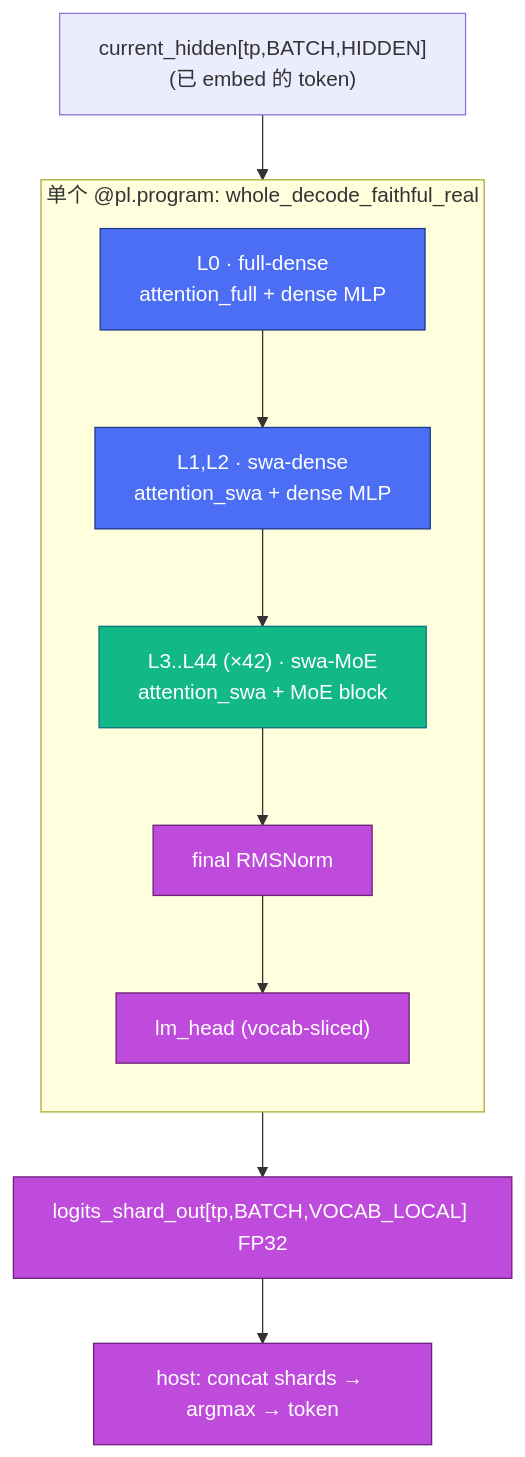
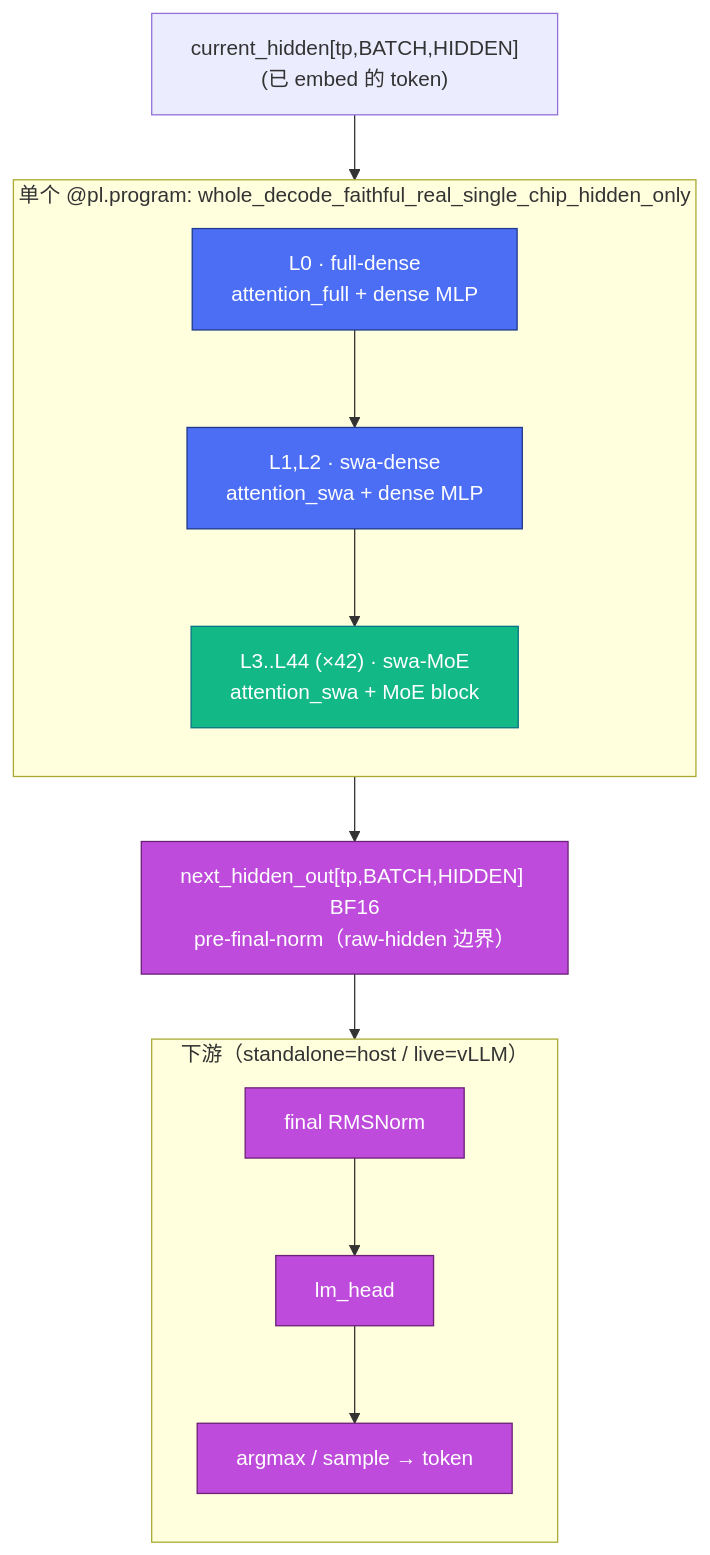
Before and after one commit to csy0225/pypto-project: the first of 4 diagrams in design/whole-net/01-system-design.md, drawn with Mermaid. The commit also changed other lines of this file and 4 other files, not shown here.

First line of the commit message:
docs(design): 对齐精简瘦身后代码——唯一整网入口 hidden_only + strict raw-hidden 边界

````diff
--- a/design/whole-net/01-system-design.md
+++ b/design/whole-net/01-system-design.md
@@ -24,21 +26,26 @@
 ```mermaid
 graph TD
     IN["current_hidden[tp,BATCH,HIDDEN]<br/>(已 embed 的 token)"]
-    subgraph PROG["单个 @pl.program: whole_decode_faithful_real"]
+    subgraph PROG["单个 @pl.program: whole_decode_faithful_real_single_chip_hidden_only"]
         direction TB
         L0["L0 · full-dense<br/>attention_full + dense MLP"]
         L12["L1,L2 · swa-dense<br/>attention_swa + dense MLP"]
         LMOE["L3..L44 (×42) · swa-MoE<br/>attention_swa + MoE block"]
+    end
+    HID["next_hidden_out[tp,BATCH,HIDDEN] BF16<br/>pre-final-norm（raw-hidden 边界）"]
+    subgraph DOWN["下游（standalone=host / live=vLLM）"]
+        direction TB
         NORM["final RMSNorm"]
-        HEAD["lm_head (vocab-sliced)"]
+        HEAD["lm_head"]
+        ARG["argmax / sample → token"]
     end
-    OUT["logits_shard_out[tp,BATCH,VOCAB_LOCAL] FP32"]
-    ARG["host: concat shards → argmax → token"]
 
-    IN --> L0 --> L12 --> LMOE --> NORM --> HEAD --> OUT --> ARG
+    IN --> L0 --> L12 --> LMOE --> HID --> NORM --> HEAD --> ARG
 
     classDef a fill:#4C6EF5,stroke:#1E3A8A,color:#fff;
     classDef m fill:#12B886,stroke:#0B7285,color:#fff;
     classDef t fill:#BE4BDB,stroke:#6B2178,color:#fff;
-    class L0,L12 a; class LMOE m; class NORM,HEAD,OUT,ARG t;
+    class L0,L12 a;
+    class LMOE m;
+    class HID,NORM,HEAD,ARG t;
 ```
````
